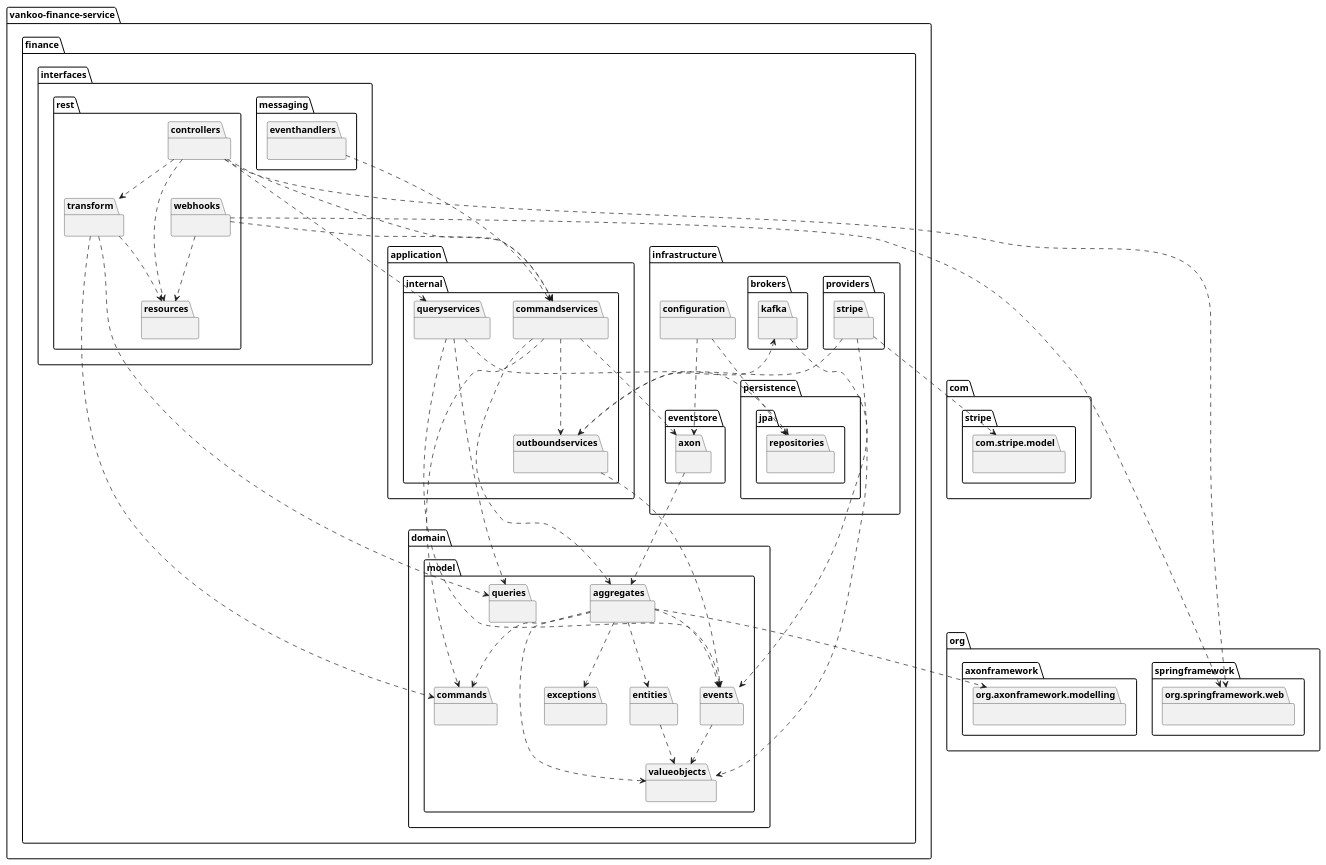
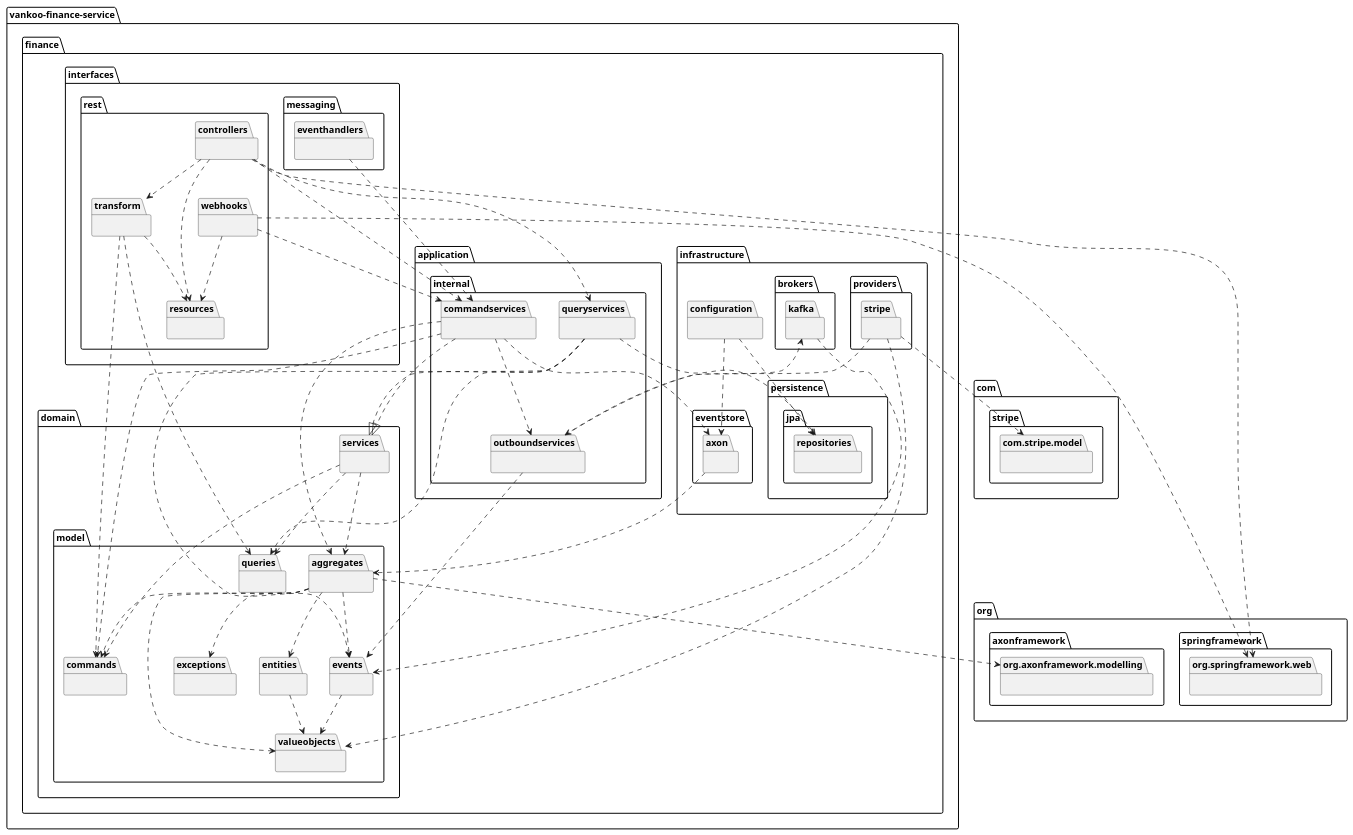
Before and after one commit to liquilabshq/vankoo-finance-service: the diagram in docs/uml/finance-package-diagram.puml, drawn with PlantUML. The commit also changed 5 other files, not shown here.

```diff
--- a/docs/uml/finance-package-diagram.puml
+++ b/docs/uml/finance-package-diagram.puml
@@ -1,95 +1,102 @@
 @startuml finance-package-diagram
 
 package vankoo-finance-service as vankoo_finance_service {
     package finance {
         package domain {
             package model {
                 package aggregates {}
                 package entities {}
                 package commands {}
                 package queries {}
                 package events {}
                 package valueobjects {}
                 package exceptions {}
             }
+            package services {}
         }
         package infrastructure {
             package eventstore {
                 package axon {}
             }
             package persistence {
                 package jpa {
                     package repositories {}
                 }
             }
             package brokers {
                 package kafka {}
             }
             package providers {
                 package stripe {}
             }
             package configuration {}
         }
         package application.internal {
             package commandservices {}
             package queryservices {}
             package outboundservices {}
         }
         package interfaces {
             package rest {
                 package controllers {}
                 package webhooks {}
                 package resources {}
                 package transform {}
             }
             package messaging {
                 package eventhandlers {}
             }
         }
     }
 }
 package org.axonframework.modelling {}
 package org.springframework.web {}
 package com.stripe.model {}
 
 aggregates ..> org.axonframework.modelling
 aggregates ..> commands
 aggregates ..> events
 aggregates ..> entities
 aggregates ..> valueobjects
 aggregates ..> exceptions
 entities ..> valueobjects
 events ..> valueobjects
 
+services ..> commands
+services ..> queries
+services ..> aggregates
+
+commandservices ..|> services
 commandservices ..> aggregates
 commandservices ..> commands
 commandservices ..> outboundservices
 commandservices ..> axon
+queryservices ..|> services
 queryservices ..> queries
 queryservices ..> events
 queryservices ..> repositories
 outboundservices ..> events
 outboundservices ..> kafka
 
 axon ..> aggregates
 kafka ..> events
 configuration ..> axon
 configuration ..> repositories
 eventhandlers ..> commandservices
 vankoo_finance_service.finance.infrastructure.providers.stripe ..> outboundservices
 vankoo_finance_service.finance.infrastructure.providers.stripe ..> valueobjects
 vankoo_finance_service.finance.infrastructure.providers.stripe ..> com.stripe.model
 
 controllers ..> resources
 controllers ..> transform
 controllers ..> commandservices
 controllers ..> queryservices
 controllers ..> org.springframework.web
 webhooks ..> resources
 webhooks ..> commandservices
 webhooks ..> org.springframework.web
 transform ..> resources
 transform ..> commands
 transform ..> queries
 
 @enduml
```
